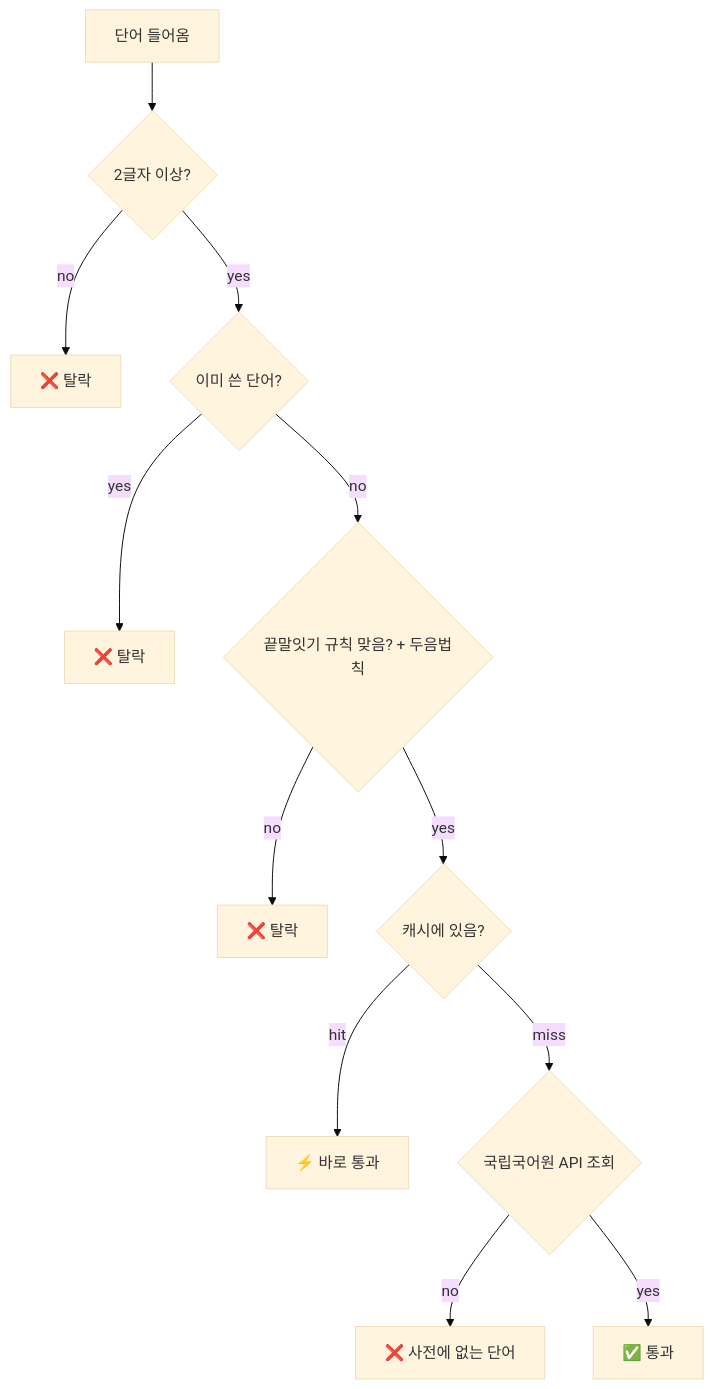
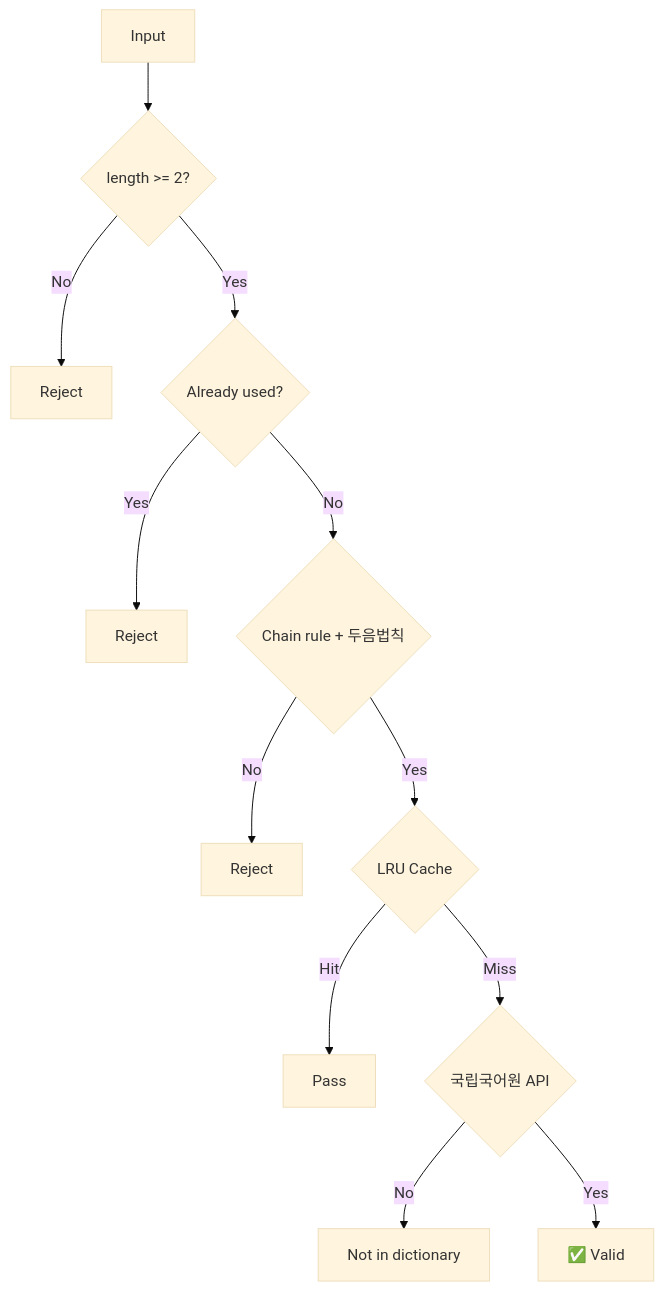
Before and after one commit to Technoetic/word-chain-game: the seventh of 7 diagrams in README.md, drawn with Mermaid (base theme). The commit also changed other lines of this file, not shown here.

````diff
--- a/README.md
+++ b/README.md
@@ -125,14 +123,14 @@
 ```mermaid
 flowchart TD
-    A["단어 들어옴"] --> B{"2글자 이상?"}
-    B -->|no| X1["❌ 탈락"]
-    B -->|yes| C{"이미 쓴 단어?"}
-    C -->|yes| X2["❌ 탈락"]
-    C -->|no| D{"끝말잇기 규칙 맞음? + 두음법칙"}
-    D -->|no| X3["❌ 탈락"]
-    D -->|yes| E{"캐시에 있음?"}
-    E -->|hit| F["⚡ 바로 통과"]
-    E -->|miss| G{"국립국어원 API 조회"}
-    G -->|no| X4["❌ 사전에 없는 단어"]
-    G -->|yes| H["✅ 통과"]
+    A["Input"] --> B{"length >= 2?"}
+    B -->|No| X1["Reject"]
+    B -->|Yes| C{"Already used?"}
+    C -->|Yes| X2["Reject"]
+    C -->|No| D{"Chain rule + 두음법칙"}
+    D -->|No| X3["Reject"]
+    D -->|Yes| E{"LRU Cache"}
+    E -->|Hit| F["Pass"]
+    E -->|Miss| G{"국립국어원 API"}
+    G -->|No| X4["Not in dictionary"]
+    G -->|Yes| H["✅ Valid"]
 ```
````
